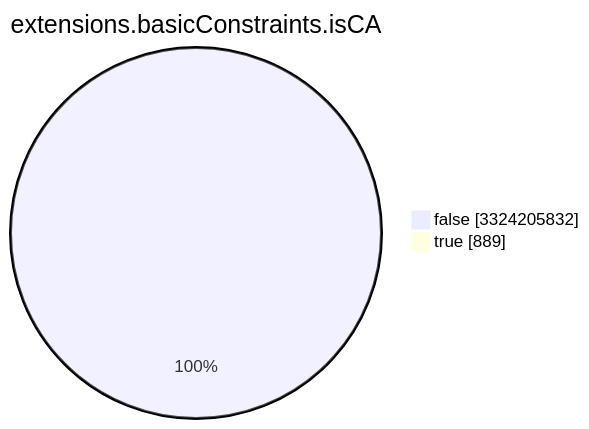
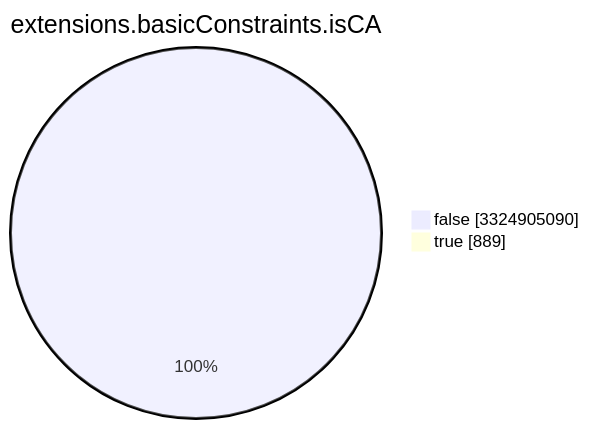
One commit to christiankrug/ctmonitor_visualization changed the seventh of 15 diagrams in TOTAL/README.md. Above: the diagram before and after it, drawn with Mermaid. The commit also changed other lines of this file, not shown here.

````diff
--- a/TOTAL/README.md
+++ b/TOTAL/README.md
@@ -3089,6 +3089,6 @@
 ```mermaid
 pie showData
 title extensions.basicConstraints.isCA
-"false" :3324205832
+"false" :3324905090
 "true" :889
 ```
````
